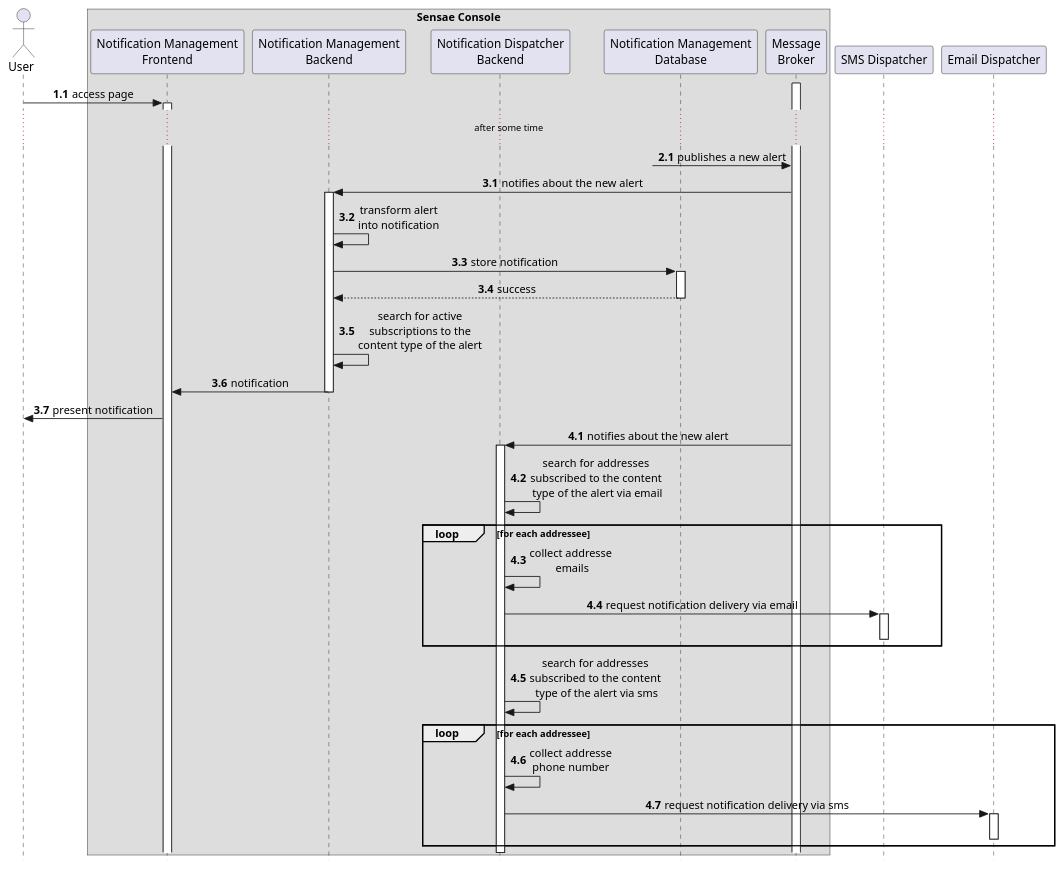
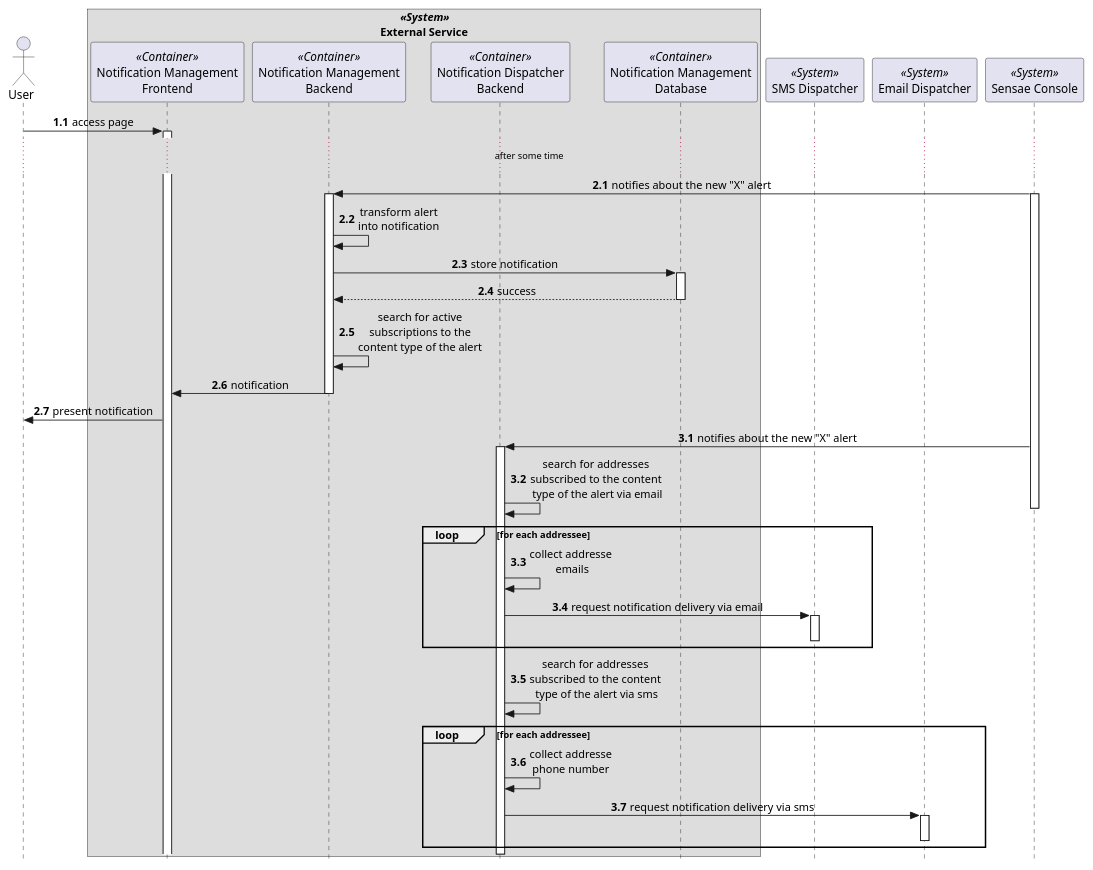
Before and after one commit to FilipeMCruz/dissertation: the diagram in assets/diagrams/design/architectural/level2/process/notification-dispatch.pu, drawn with PlantUML. The commit also changed 165 other files, not shown here.

Commit message:
Fixed level 3 of design and some diagrams here and there

```diff
--- a/assets/diagrams/design/architectural/level2/process/notification-dispatch.pu
+++ b/assets/diagrams/design/architectural/level2/process/notification-dispatch.pu
@@ -1,67 +1,65 @@
 @startuml notification-dispatch
 
 skinparam sequenceMessageAlign center
 skinparam style strictuml
 autonumber 1.1
 actor User
 
-box "Sensae Console"
-participant "Notification Management\nFrontend" as FRONT
-participant "Notification Management\nBackend" as BACK
-participant "Notification Dispatcher\nBackend" as DISP
-participant "Notification Management\nDatabase" as DB
-participant "Message\nBroker" as MB
+box "       //<<System>>//\nExternal Service"
+participant "Notification Management\nFrontend" as FRONT <<Container>>
+participant "Notification Management\nBackend" as BACK <<Container>>
+participant "Notification Dispatcher\nBackend" as DISP <<Container>>
+participant "Notification Management\nDatabase" as DB <<Container>>
 end box
 
-participant "SMS Dispatcher" as EMAIL
-participant "Email Dispatcher" as SMS
+participant "SMS Dispatcher" as EMAIL <<System>>
+participant "Email Dispatcher" as SMS <<System>>
 
-activate MB 
+participant "Sensae Console" as MB <<System>>
 
 User -> FRONT ++ : access page
 
 ... after some time ...
-autonumber inc A
-
-?-> MB : publishes a new alert
 
 autonumber inc A
-MB -> BACK ++ : notifies about the new alert
+MB -> BACK ++ : notifies about the new "X" alert
+activate MB
 
 BACK -> BACK : transform alert\ninto notification
 
 BACK -> DB ++ : store notification
 return success
 
 BACK -> BACK : search for active\nsubscriptions to the\ncontent type of the alert
 BACK -> FRONT -- : notification
 FRONT -> User : present notification
 
 autonumber inc A
-MB -> DISP ++ : notifies about the new alert
+MB -> DISP ++ : notifies about the new "X" alert
 
 DISP -> DISP : search for addresses\nsubscribed to the content\n type of the alert via email
+deactivate MB 
 
 loop for each addressee
 
 DISP -> DISP : collect addresse\n emails
 
 DISP -> EMAIL ++ : request notification delivery via email
 
 deactivate EMAIL 
 
 end
 
 DISP -> DISP : search for addresses\nsubscribed to the content\n type of the alert via sms
 
 loop for each addressee
 
 DISP -> DISP : collect addresse\nphone number
 
 DISP -> SMS ++ : request notification delivery via sms
 
 deactivate SMS
 
 end
 
 @enduml
```
